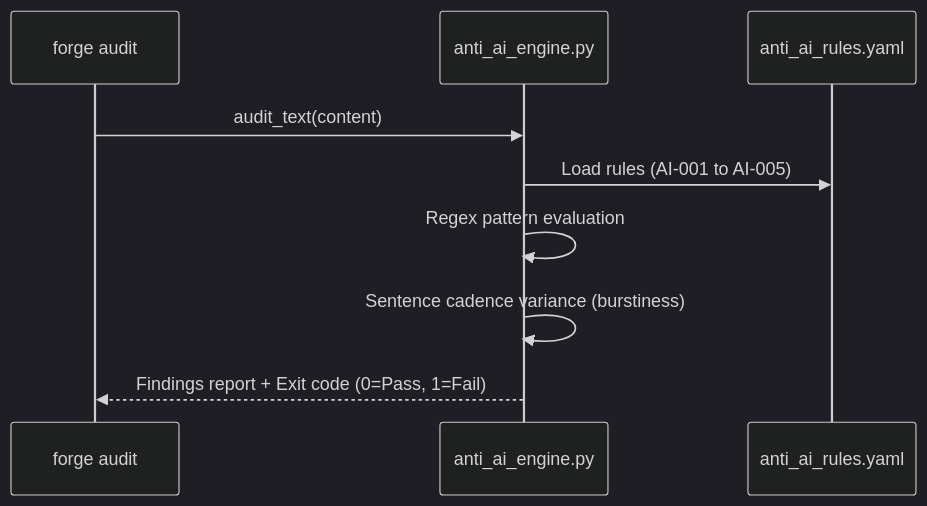
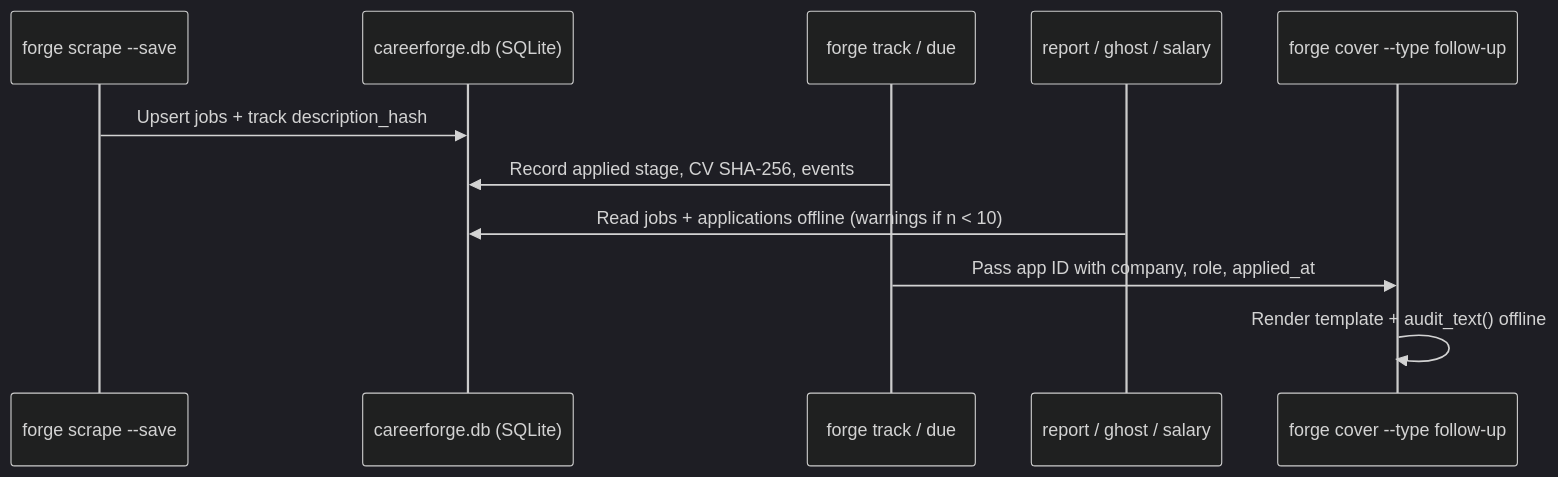
The third of 3 diagrams in docs/ARCHITECTURE.md (rafijurrahman/careerforge), drawn with Mermaid (dark theme) before and after one commit. The commit also changed other lines of this file and 22 other files, not shown here.

````diff
--- a/docs/ARCHITECTURE.md
+++ b/docs/ARCHITECTURE.md
@@ -83,12 +108,14 @@
 ```mermaid
 sequenceDiagram
-    participant CLI as forge audit
-    participant Engine as anti_ai_engine.py
-    participant Rules as anti_ai_rules.yaml
+    participant Scrape as forge scrape --save
+    participant DB as careerforge.db (SQLite)
+    participant Track as forge track / due
+    participant Analytics as report / ghost / salary
+    participant Cover as forge cover --type follow-up
 
-    CLI->>Engine: audit_text(content)
-    Engine->>Rules: Load rules (AI-001 to AI-005)
-    Engine->>Engine: Regex pattern evaluation
-    Engine->>Engine: Sentence cadence variance (burstiness)
-    Engine-->>CLI: Findings report + Exit code (0=Pass, 1=Fail)
+    Scrape->>DB: Upsert jobs + track description_hash
+    Track->>DB: Record applied stage, CV SHA-256, events
+    Analytics->>DB: Read jobs + applications offline (warnings if n < 10)
+    Track->>Cover: Pass app ID with company, role, applied_at
+    Cover->>Cover: Render template + audit_text() offline
 ```
````
